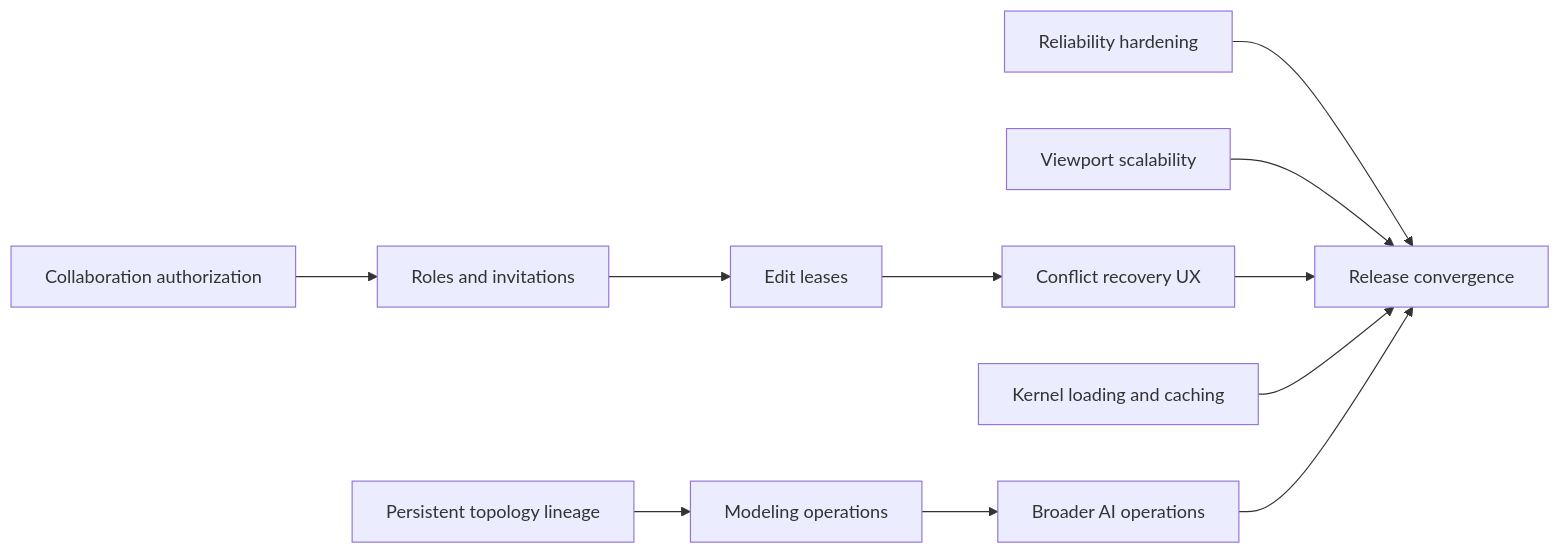
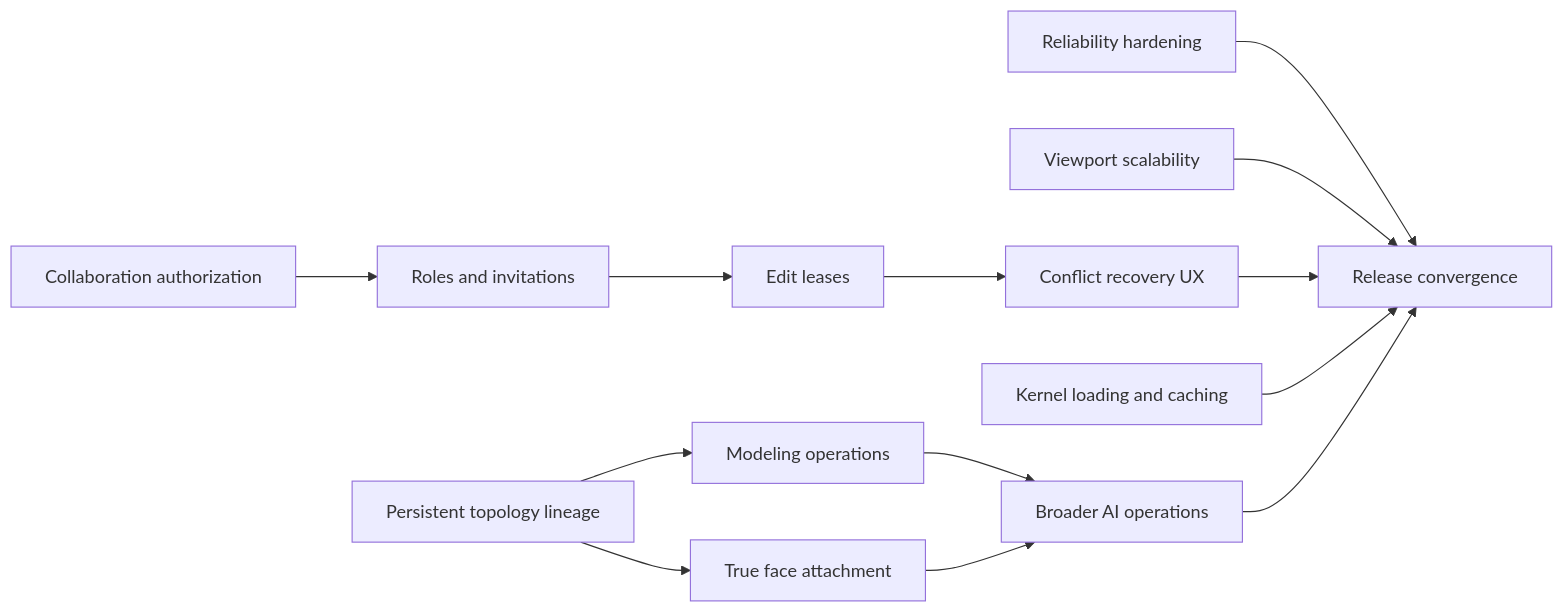
One commit to esaueng/OpenZCAD changed the diagram in PLAN.md. Above: the diagram before and after it, drawn with Mermaid. The commit also changed other lines of this file, not shown here.

````diff
--- a/PLAN.md
+++ b/PLAN.md
@@ -51,13 +72,15 @@
 ```mermaid
 flowchart LR
   H["Reliability hardening"] --> Q["Release convergence"]
   V["Viewport scalability"] --> Q
   T["Persistent topology lineage"] --> M["Modeling operations"]
+  T --> F["True face attachment"]
   M --> AI["Broader AI operations"]
+  F --> AI
   C1["Collaboration authorization"] --> C2["Roles and invitations"]
   C2 --> C3["Edit leases"]
   C3 --> C4["Conflict recovery UX"]
   C4 --> Q
   K["Kernel loading and caching"] --> Q
   AI --> Q
 ```
````
